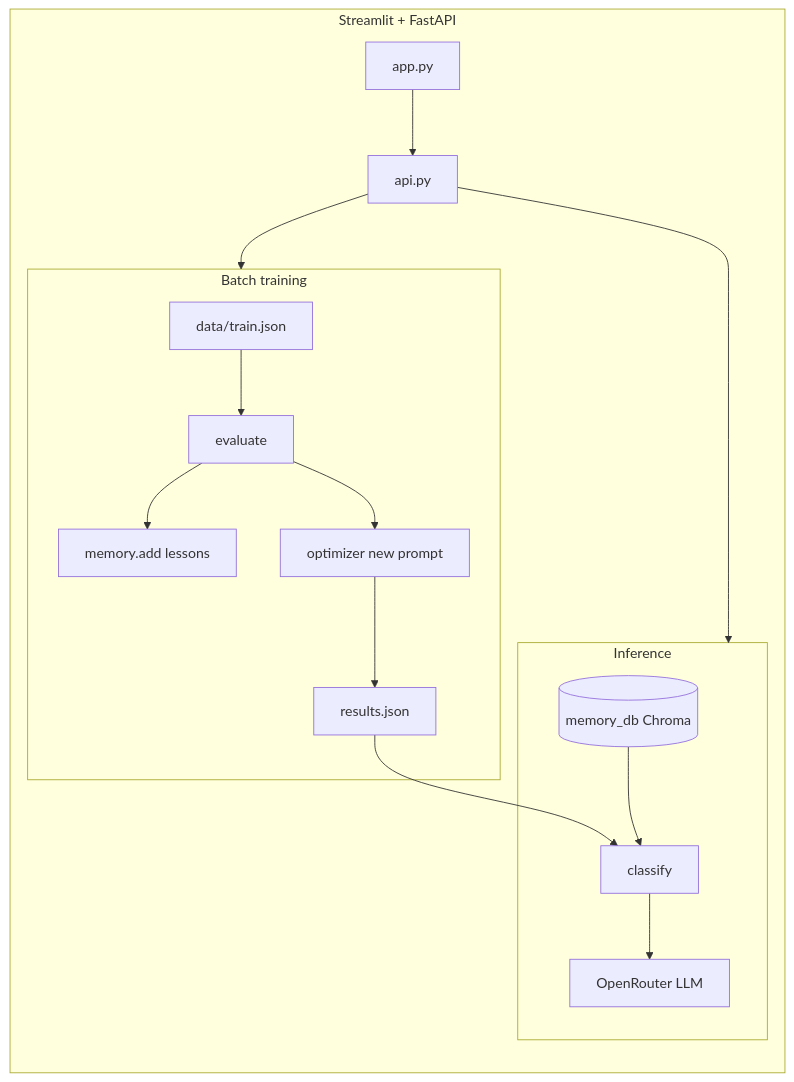
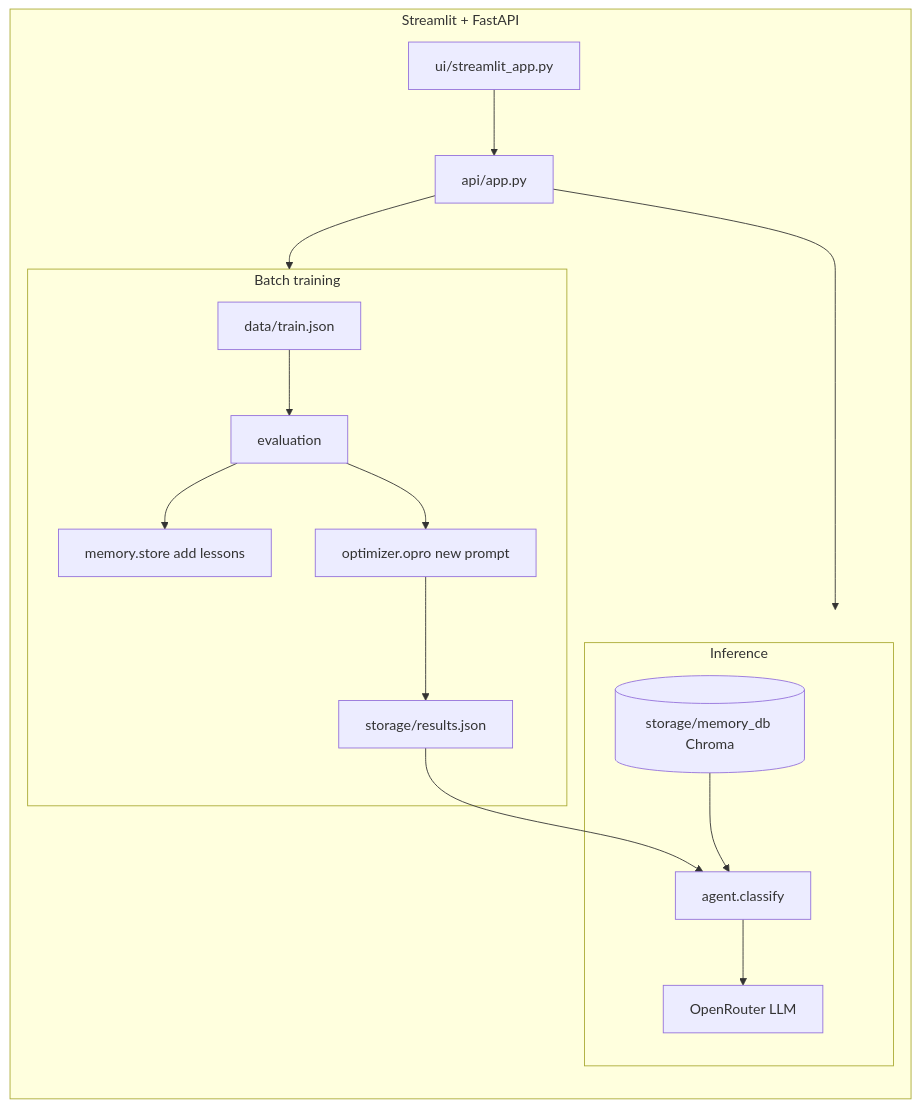
One commit to chathuri-gluonforce/self-improving-intent-agent changed the diagram in README.md. Above: the diagram before and after it, drawn with Mermaid. The commit also changed other lines of this file and 23 other files, not shown here.

````diff
--- a/README.md
+++ b/README.md
@@ -12,19 +12,19 @@
 ```mermaid
 flowchart LR
   subgraph batch [Batch training]
-    T[data/train.json] --> E[evaluate]
-    E --> M[memory.add lessons]
-    E --> O[optimizer new prompt]
-    O --> R[results.json]
+    T[data/train.json] --> E[evaluation]
+    E --> M[memory.store add lessons]
+    E --> O[optimizer.opro new prompt]
+    O --> R[storage/results.json]
   end
   subgraph runtime [Inference]
-    R --> C[classify]
-    DB[(memory_db Chroma)] --> C
+    R --> C[agent.classify]
+    DB[(storage/memory_db Chroma)] --> C
     C --> LLM[OpenRouter LLM]
   end
   subgraph ui [Streamlit + FastAPI]
-    APP[app.py] --> API[api.py]
+    APP[ui/streamlit_app.py] --> API[api/app.py]
     API --> batch
     API --> runtime
   end
 ```
````
